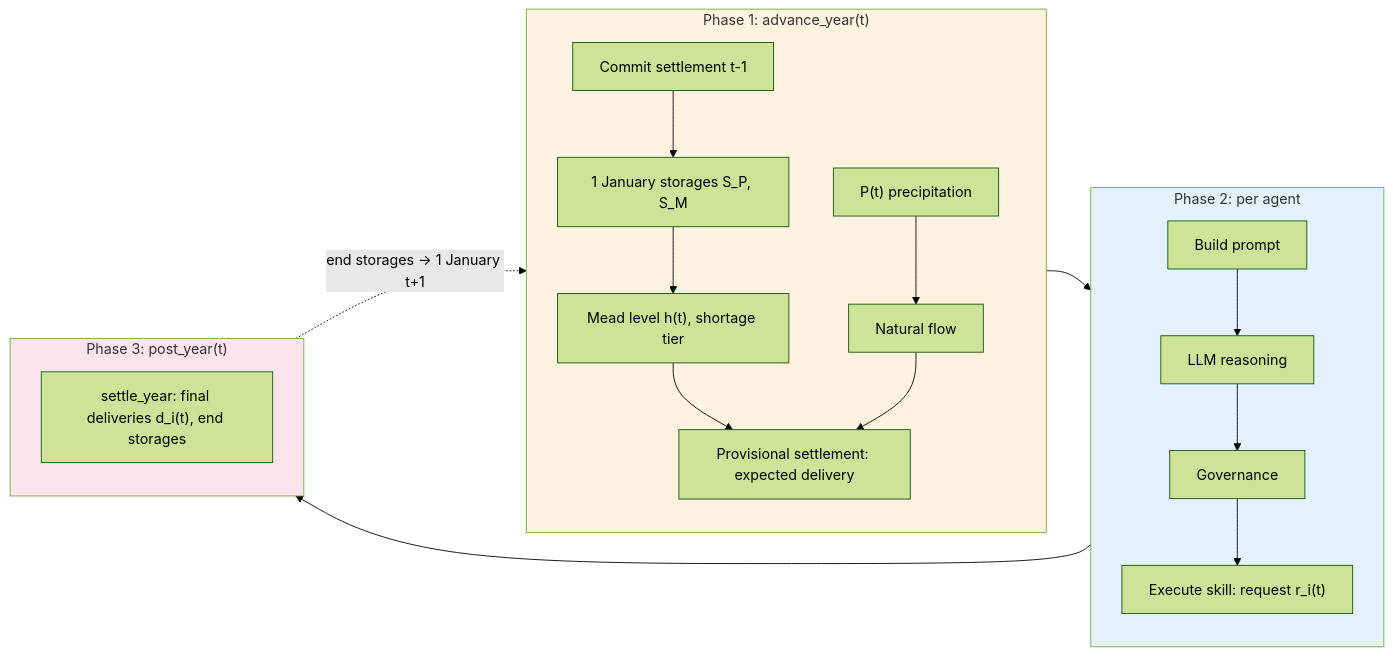
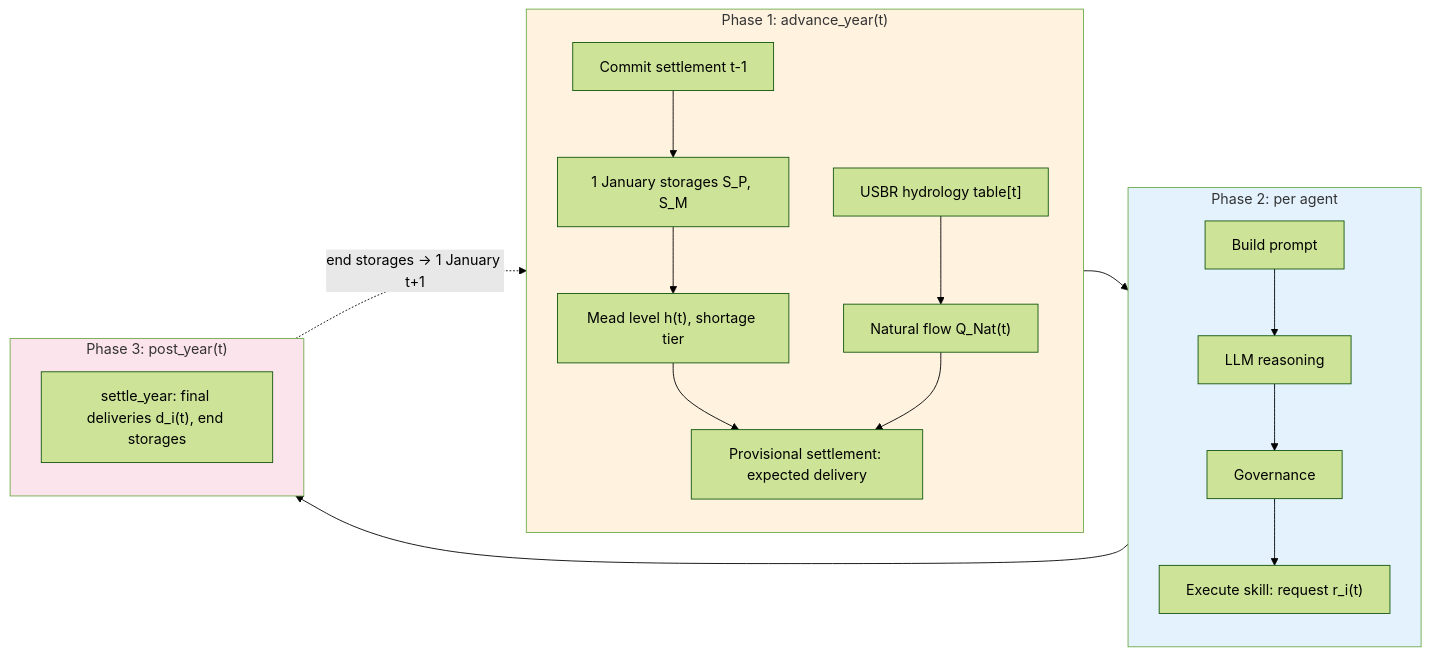
The diagram in examples/irrigation_abm/docs/irrigation_physics.md (WenyuChiou/WAGF), drawn with Mermaid (forest theme) before and after one commit. The commit also changed other lines of this file and 21 other files, not shown here.

````diff
--- a/examples/irrigation_abm/docs/irrigation_physics.md
+++ b/examples/irrigation_abm/docs/irrigation_physics.md
@@ -216,31 +264,31 @@
 ```mermaid
 flowchart LR
     subgraph P1 ["Phase 1: advance_year(t)"]
         direction TB
         A0["Commit settlement t-1"] --> H["1 January storages S_P, S_M"]
-        A["P(t) precipitation"] --> B["Natural flow"]
+        G["USBR hydrology table[t]"] --> B["Natural flow Q_Nat(t)"]
         H --> I["Mead level h(t), shortage tier"]
         I --> J["Provisional settlement: expected delivery"]
         B --> J
     end
 
     subgraph P3 ["Phase 2: per agent"]
         direction TB
         K["Build prompt"] --> L["LLM reasoning"]
         L --> M["Governance"]
         M --> N["Execute skill: request r_i(t)"]
     end
 
     subgraph P4 ["Phase 3: post_year(t)"]
         direction TB
         O["settle_year: final deliveries d_i(t), end storages"]
     end
 
     J --> K
     N --> O
     O -.->|"end storages -> 1 January t+1"| A0
 
     style P1 fill:#fff3e0
     style P3 fill:#e3f2fd
     style P4 fill:#fce4ec
 ```
````
